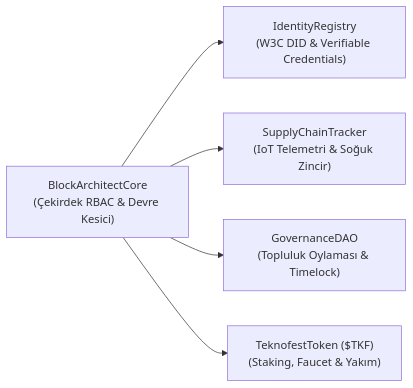
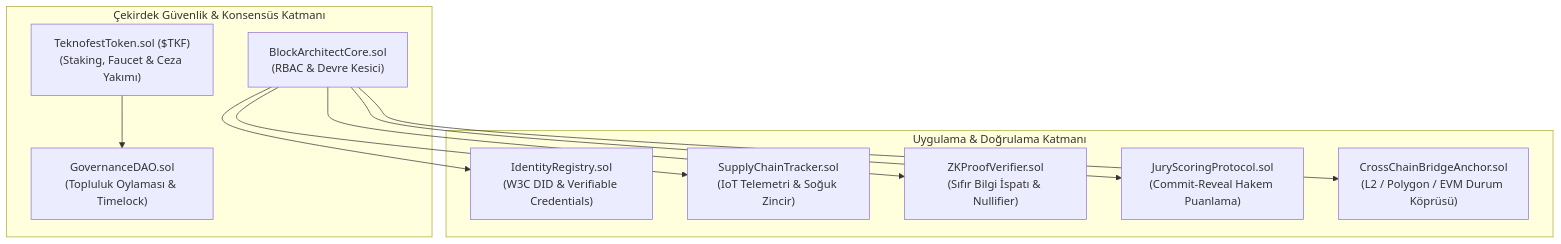
The diagram in README.md (bahattinyunus/teknofest_blokzincir), drawn with Mermaid before and after one commit. The commit also changed other lines of this file and 22 other files, not shown here.

Commit message:
feat: complete enterprise expansion with ZK-Proof verifier, jury scoring protocol, cross-chain bridge anchor, 22 passing tests, and 9-tab web3 console

````diff
--- a/README.md
+++ b/README.md
@@ -26,7 +27,23 @@
 ```mermaid
-flowchart LR
-    A["BlockArchitectCore<br/>(Çekirdek RBAC & Devre Kesici)"] --> B["IdentityRegistry<br/>(W3C DID & Verifiable Credentials)"]
-    A --> C["SupplyChainTracker<br/>(IoT Telemetri & Soğuk Zincir)"]
-    A --> D["GovernanceDAO<br/>(Topluluk Oylaması & Timelock)"]
-    A --> E["TeknofestToken ($TKF)<br/>(Staking, Faucet & Yakım)"]
+flowchart TD
+    subgraph Core["Çekirdek Güvenlik & Konsensüs Katmanı"]
+        A["BlockArchitectCore.sol<br/>(RBAC & Devre Kesici)"]
+        E["TeknofestToken.sol ($TKF)<br/>(Staking, Faucet & Ceza Yakımı)"]
+        D["GovernanceDAO.sol<br/>(Topluluk Oylaması & Timelock)"]
+    end
+
+    subgraph Business["Uygulama & Doğrulama Katmanı"]
+        B["IdentityRegistry.sol<br/>(W3C DID & Verifiable Credentials)"]
+        C["SupplyChainTracker.sol<br/>(IoT Telemetri & Soğuk Zincir)"]
+        F["ZKProofVerifier.sol<br/>(Sıfır Bilgi İspatı & Nullifier)"]
+        G["JuryScoringProtocol.sol<br/>(Commit-Reveal Hakem Puanlama)"]
+        H["CrossChainBridgeAnchor.sol<br/>(L2 / Polygon / EVM Durum Köprüsü)"]
+    end
+
+    A --> B
+    A --> C
+    A --> F
+    A --> G
+    A --> H
+    E --> D
 ```
````
